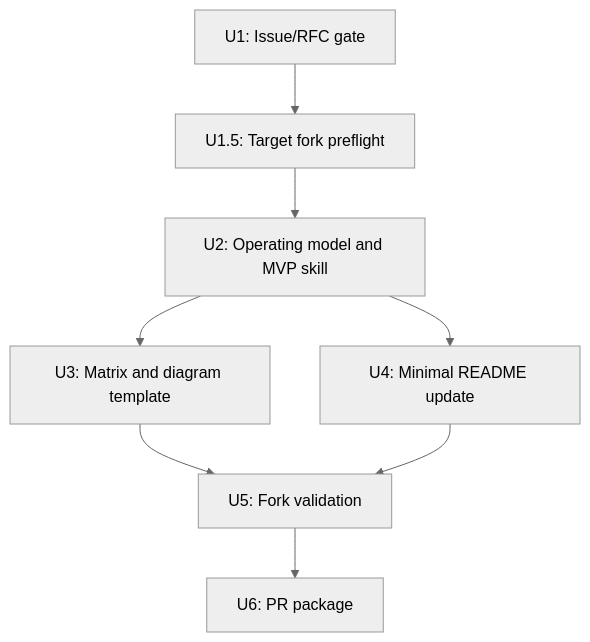
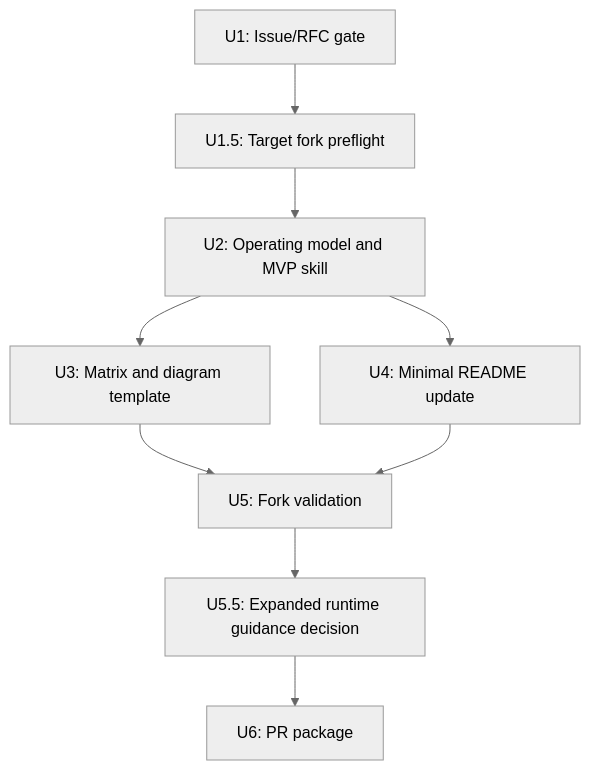
The diagram in docs/plans/2026-04-25-001-feat-traceability-skill-mvp-plan.md (Oxiom-Systems/traceweaver), drawn with Mermaid (neutral theme) before and after one commit. The commit also changed other lines of this file and 7 other files, not shown here.

````diff
--- a/docs/plans/2026-04-25-001-feat-traceability-skill-mvp-plan.md
+++ b/docs/plans/2026-04-25-001-feat-traceability-skill-mvp-plan.md
@@ -284,10 +301,11 @@
 ```mermaid
 flowchart TB
     U1["U1: Issue/RFC gate"] --> U15["U1.5: Target fork preflight"]
     U15 --> U2["U2: Operating model and MVP skill"]
     U2 --> U3["U3: Matrix and diagram template"]
     U2 --> U4["U4: Minimal README update"]
     U3 --> U5["U5: Fork validation"]
     U4 --> U5
-    U5 --> U6["U6: PR package"]
+    U5 --> U55["U5.5: Expanded runtime guidance decision"]
+    U55 --> U6["U6: PR package"]
 ```
````
